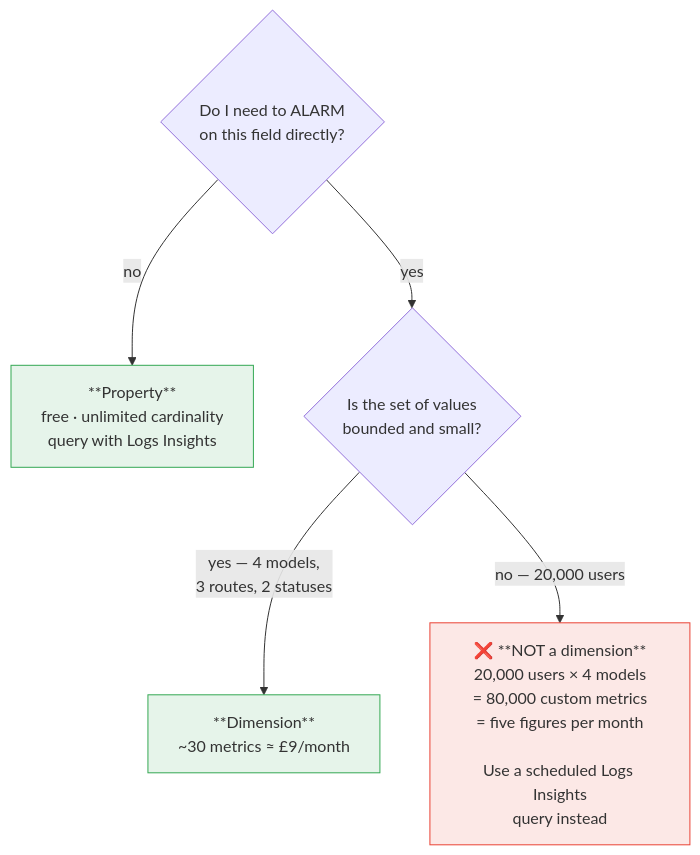
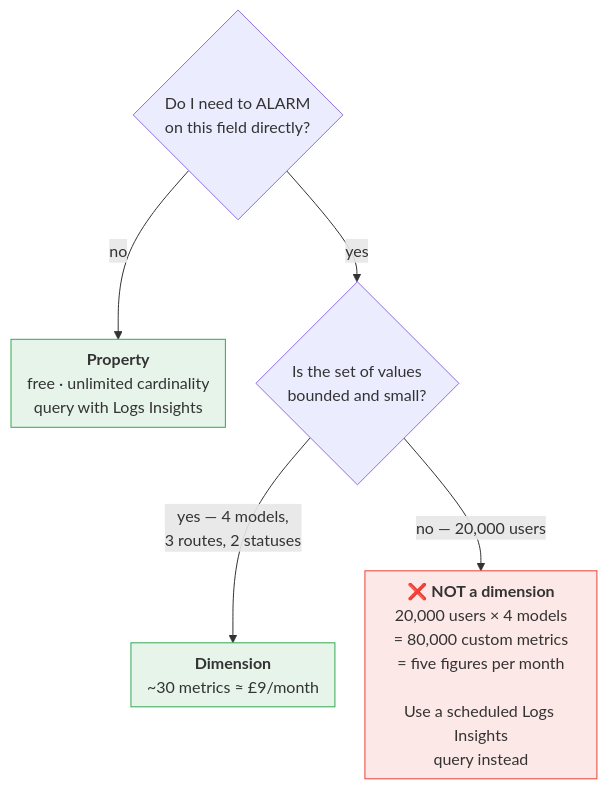
One commit to fibaneza/public-tmp changed the fifth of 6 diagrams in observability/LLM_Observability_AWS.adoc. Above: the diagram before and after it, drawn with Mermaid. The commit also changed other lines of this file and 19 other files, not shown here.

Commit message:
feat: add RAG observability guide, standardize mermaid diagrams, and update cross-references throughout documentation

```diff
--- a/observability/LLM_Observability_AWS.adoc
+++ b/observability/LLM_Observability_AWS.adoc
@@ -519,13 +522,14 @@
 [mermaid]
 ....
+%%{init: {"flowchart": {"nodeSpacing": 30, "rankSpacing": 38, "padding": 8}} }%%
 flowchart TB
     Q{"Do I need to ALARM<br/>on this field directly?"}
-    Q -->|no| P["**Property**<br/>free · unlimited cardinality<br/>query with Logs Insights"]
+    Q -->|no| P["<b>Property</b><br/>free · unlimited cardinality<br/>query with Logs Insights"]
     Q -->|yes| C{"Is the set of values<br/>bounded and small?"}
-    C -->|"yes — 4 models,<br/>3 routes, 2 statuses"| D["**Dimension**<br/>~30 metrics ≈ £9/month"]
-    C -->|"no — 20,000 users"| X["❌ **NOT a dimension**<br/>20,000 users × 4 models<br/>= 80,000 custom metrics<br/>= five figures per month<br/><br/>Use a scheduled Logs Insights<br/>query instead"]
+    C -->|"yes — 4 models,<br/>3 routes, 2 statuses"| D["<b>Dimension</b><br/>~30 metrics ≈ £9/month"]
+    C -->|"no — 20,000 users"| X["❌ <b>NOT a dimension</b><br/>20,000 users × 4 models<br/>= 80,000 custom metrics<br/>= five figures per month<br/><br/>Use a scheduled Logs Insights<br/>query instead"]
 
     style P fill:#e6f4ea,stroke:#34a853
     style D fill:#e6f4ea,stroke:#34a853
     style X fill:#fce8e6,stroke:#ea4335
 ....
```
